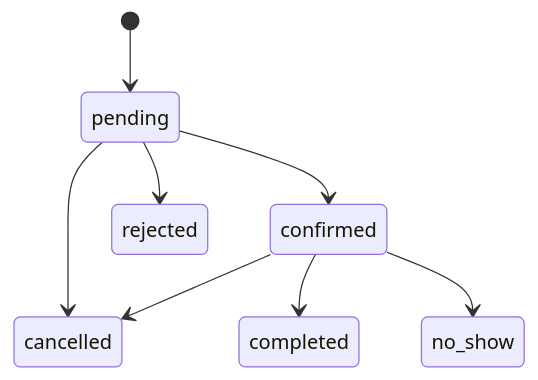
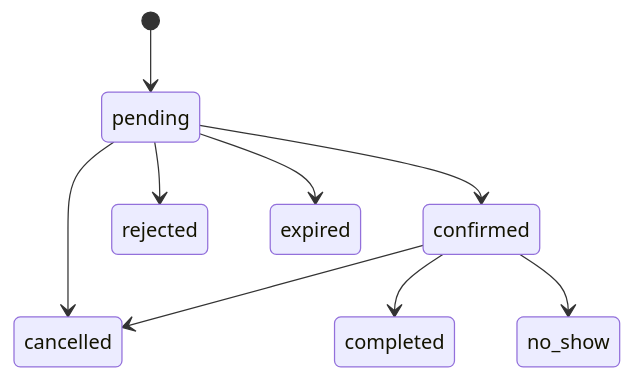
The second of 3 diagrams in docs/hito3-arquitectura.md (MartinCerpa/barberbook-taller-2), drawn with Mermaid before and after one commit. The commit also changed other lines of this file and 8 other files, not shown here.

````diff
--- a/docs/hito3-arquitectura.md
+++ b/docs/hito3-arquitectura.md
@@ -63,10 +73,11 @@
 ```mermaid
 stateDiagram-v2
   [*] --> pending
   pending --> confirmed
   pending --> rejected
   pending --> cancelled
+  pending --> expired
   confirmed --> cancelled
   confirmed --> completed
   confirmed --> no_show
 ```
````
